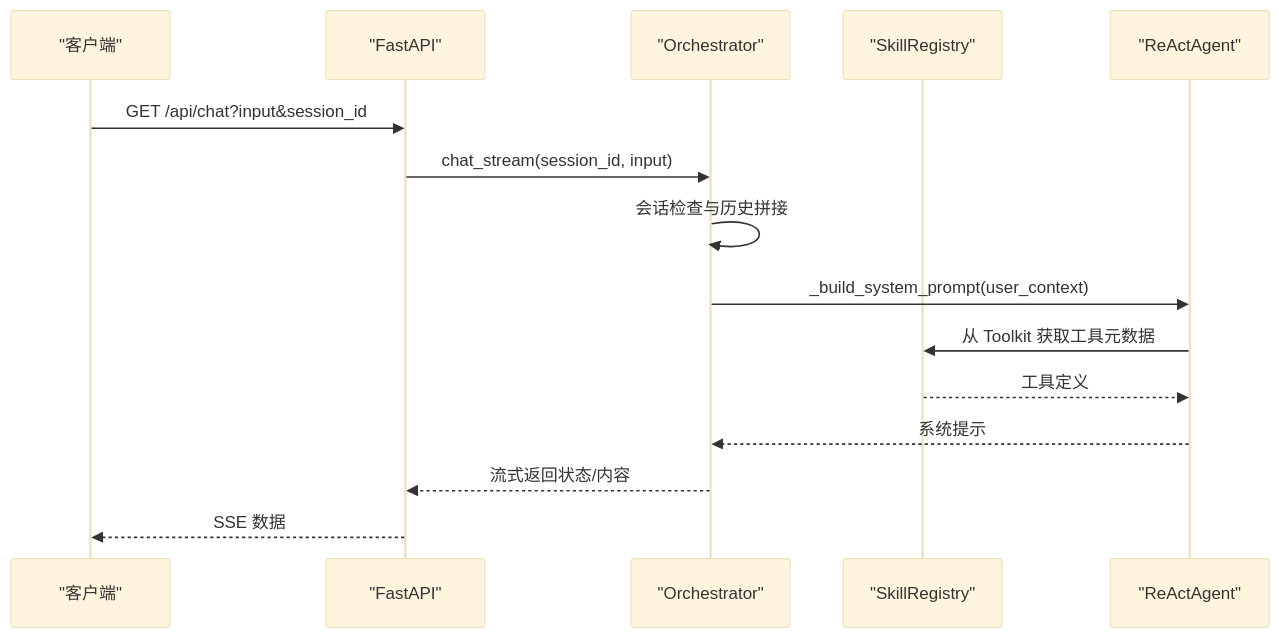
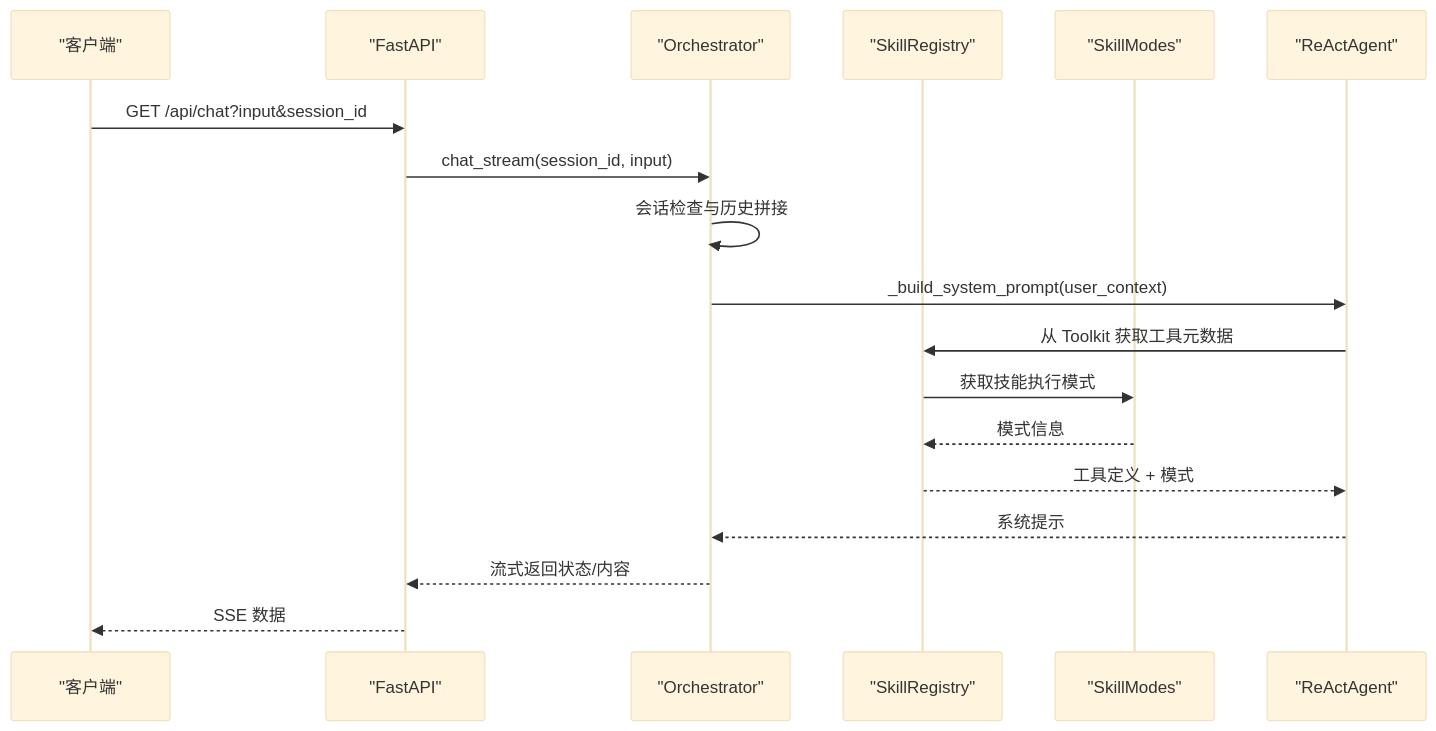
One commit to zhangdahai112/LocalManus changed the tenth of 14 diagrams in .qoder/repowiki/zh/content/技能管理系统/技能管理系统.md. Above: the diagram before and after it, drawn with Mermaid (base theme). The commit also changed other lines of this file and 19 other files, not shown here.

````diff
--- a/.qoder/repowiki/zh/content/技能管理系统/技能管理系统.md
+++ b/.qoder/repowiki/zh/content/技能管理系统/技能管理系统.md
@@ -474,17 +484,20 @@
 ```mermaid
 sequenceDiagram
 participant Client as "客户端"
 participant API as "FastAPI"
 participant OC as "Orchestrator"
 participant SR as "SkillRegistry"
+participant SD as "SkillModes"
 participant RA as "ReActAgent"
 Client->>API : GET /api/chat?input&session_id
 API->>OC : chat_stream(session_id, input)
 OC->>OC : 会话检查与历史拼接
 OC->>RA : _build_system_prompt(user_context)
 RA->>SR : 从 Toolkit 获取工具元数据
-SR-->>RA : 工具定义
+SR->>SD : 获取技能执行模式
+SD-->>SR : 模式信息
+SR-->>RA : 工具定义 + 模式
 RA-->>OC : 系统提示
 OC-->>API : 流式返回状态/内容
 API-->>Client : SSE 数据
 ```
````
